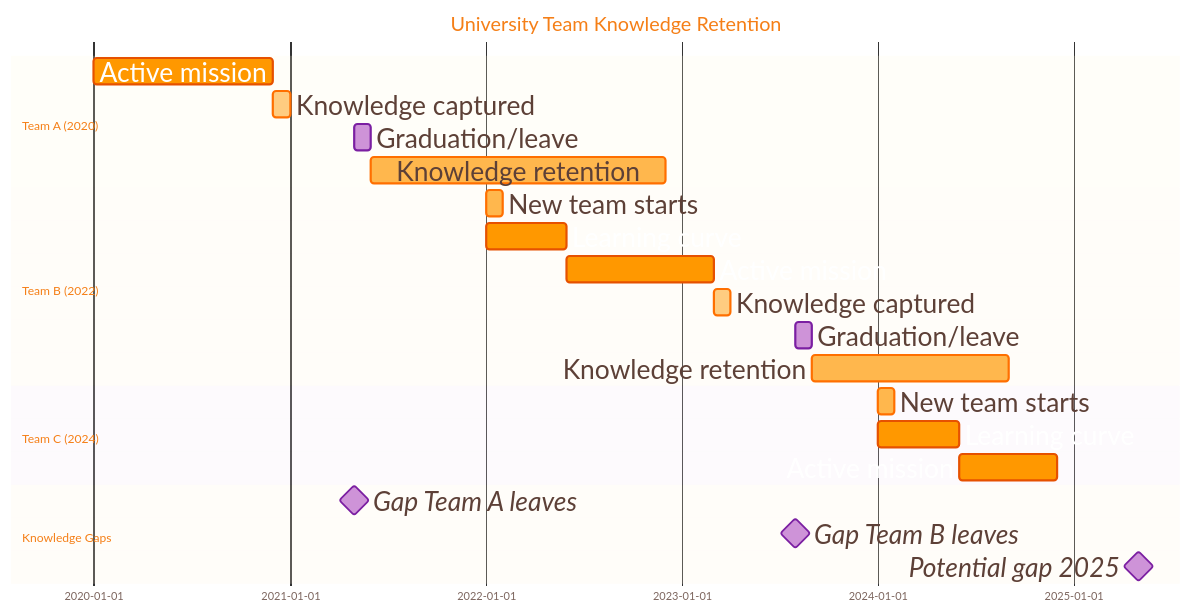
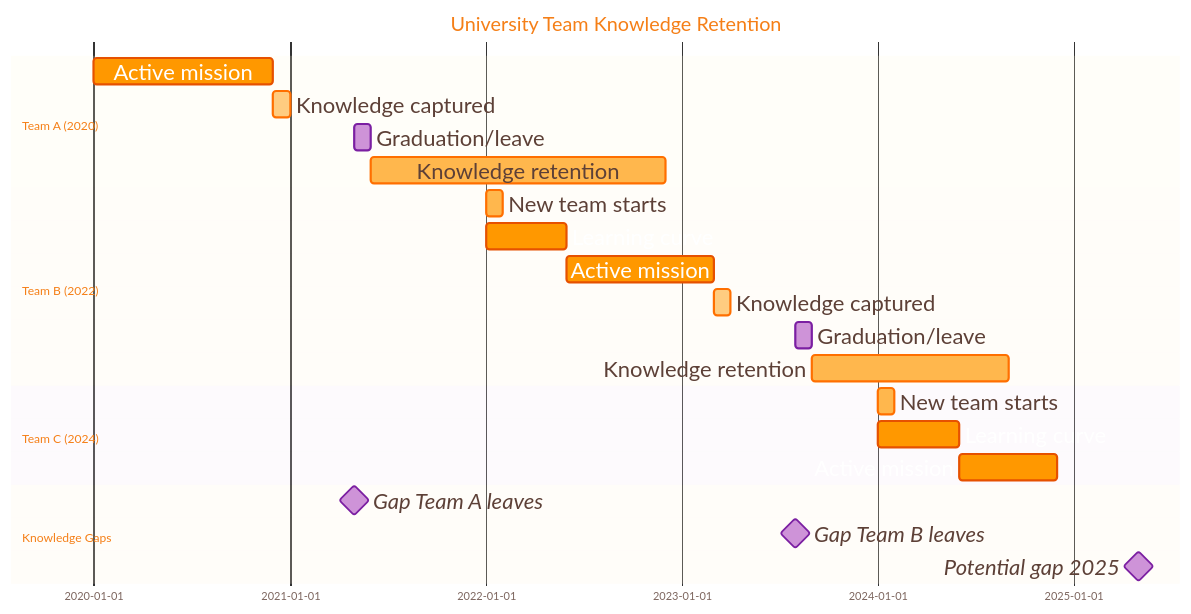
The fourth of 9 diagrams in docs/diagrams/team-boundaries.md (phantom-man/PROVES_LIBRARY), drawn with Mermaid before and after one commit. The commit also changed other lines of this file, not shown here.

Commit message:
Add extra spacer nodes to PROVES Library Solution diagram for heading clearance

```diff
--- a/docs/diagrams/team-boundaries.md
+++ b/docs/diagrams/team-boundaries.md
@@ -792,7 +792,7 @@
 ---
 config:
   theme: base
-  fontSize: 24
+  fontSize: 20
   themeVariables:
     primaryColor: '#FFF3E0'
     secondaryColor: '#F3E5F5'
@@ -807,7 +807,7 @@
     textColor: '#5D4037'
     lineColor: '#FF9800'
     fontFamily: '"Segoe UI", Tahoma, Geneva, Verdana, sans-serif'
-    fontSize: '24px'
+    fontSize: '20px'
     nodeBorder: '#FF6F00'
     mainBkg: '#FFF3E0'
     clusterBkg: '#F3E5F5'
@@ -863,7 +863,7 @@
     attributeBackgroundColorOdd: '#FFF8E1'
     attributeBackgroundColorEven: '#FFF3E0'
   gantt:
-    fontSize: 24
+    fontSize: 20
     barHeight: 24
     barGap: 6
     topPadding: 50
@@ -931,7 +931,7 @@
     chartWidth: 500
     chartHeight: 500
     titlePadding: 10
-    titlefontSize: 24
+    titleFontSize: 20
     quadrantPadding: 5
     quadrantTextTopPadding: 5
     quadrantLabelFontSize: 16
```
